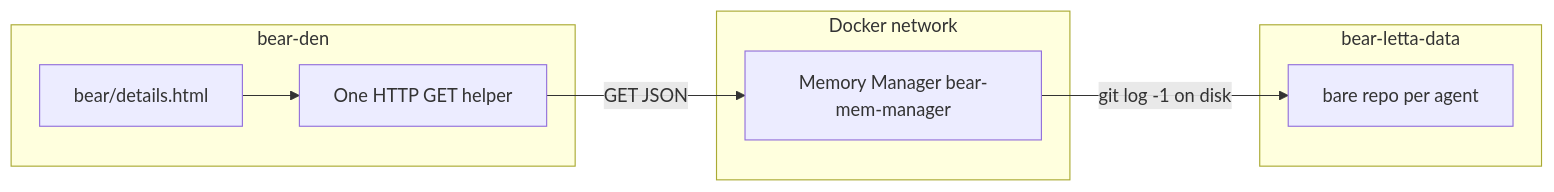
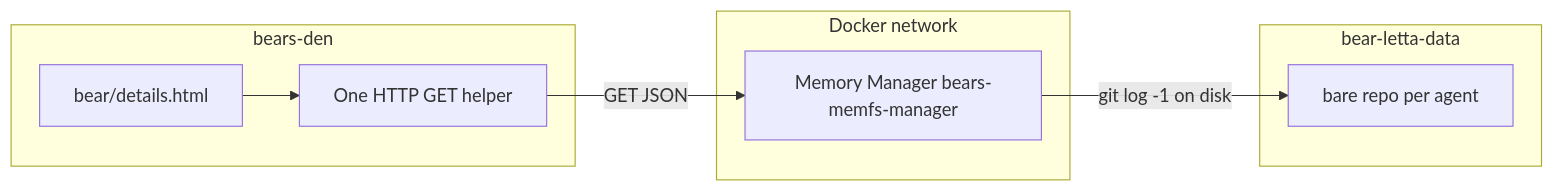
The diagram in .cursor/plans/bear_memfs_head_ui_ef2450cc.plan.md (bears-ai/bear-den), drawn with Mermaid before and after one commit. The commit also changed other lines of this file and 305 other files, not shown here.

Commit message:
Massive reorg, architected by Sonnet 4.6 in Claude and executed by GPT-5.5 in OpenCode

````diff
--- a/.cursor/plans/bear_memfs_head_ui_ef2450cc.plan.md
+++ b/.cursor/plans/bear_memfs_head_ui_ef2450cc.plan.md
@@ -26,16 +26,16 @@
 ```mermaid
 flowchart LR
-  subgraph den [bear-den]
+  subgraph den [bears-den]
     UI[bear/details.html]
     Fetch[One HTTP GET helper]
     UI --> Fetch
   end
   subgraph network [Docker network]
-    Mgr[Memory Manager bear-mem-manager]
+    Mgr[Memory Manager bears-memfs-manager]
   end
   subgraph volume [bear-letta-data]
     Repo[bare repo per agent]
   end
   Fetch -->|"GET JSON"| Mgr
   Mgr -->|"git log -1 on disk"| Repo
 ```
````
